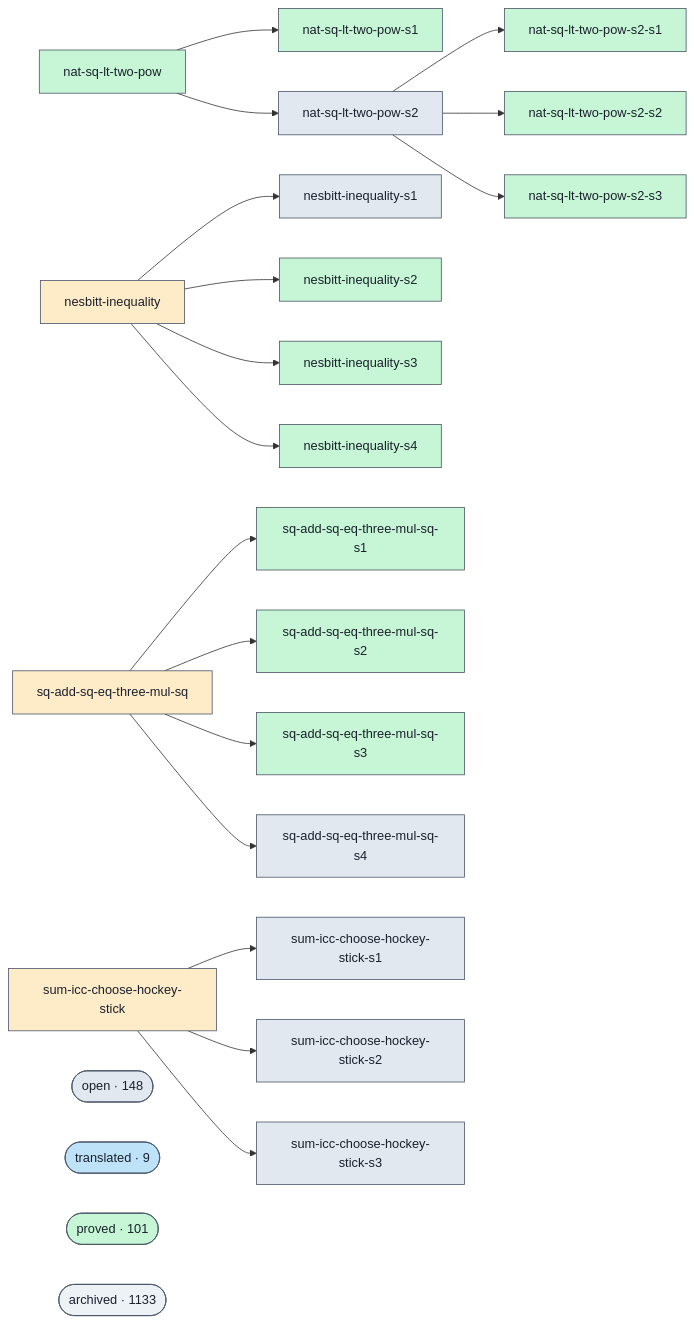
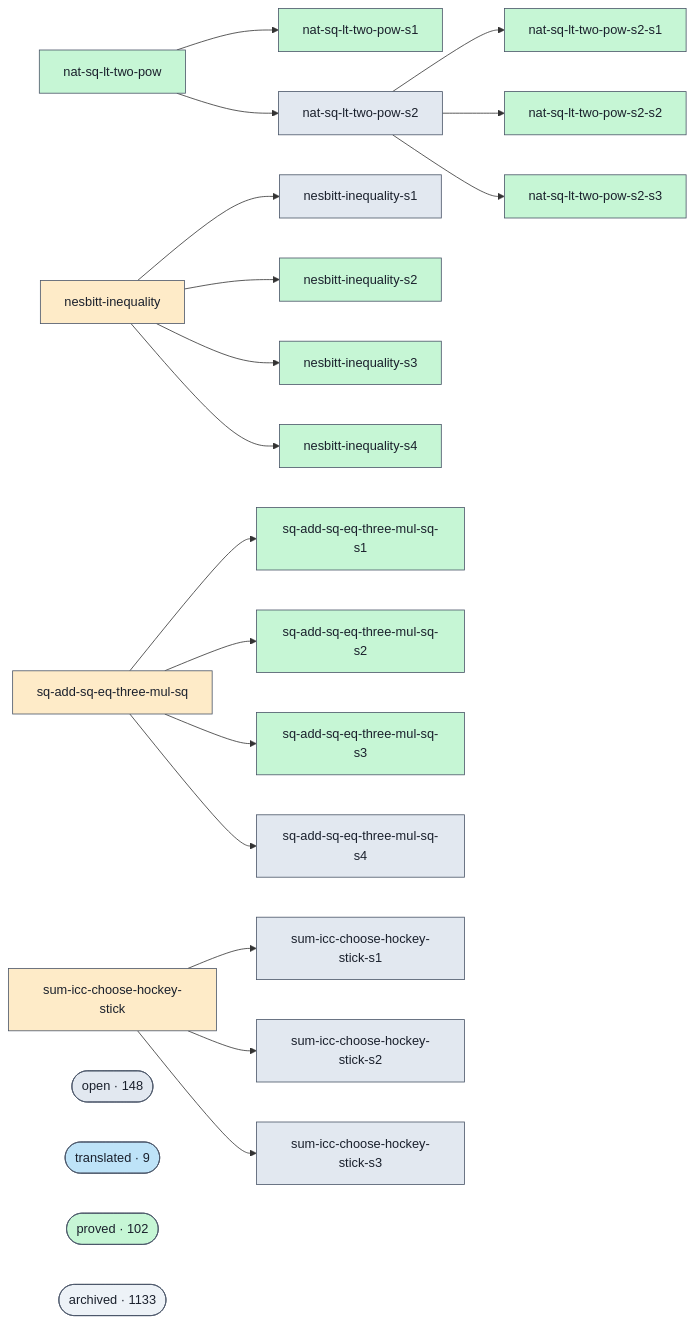
One commit to ohdearquant/unsorry changed the diagram in docs/proofs-contributors-visualisation.md. Above: the diagram before and after it, drawn with Mermaid. The commit also changed other lines of this file and 2 other files, not shown here.

```diff
--- a/docs/proofs-contributors-visualisation.md
+++ b/docs/proofs-contributors-visualisation.md
@@ -102,7 +102,7 @@
   class cluster_open open;
   cluster_translated(["translated · 9"])
   class cluster_translated translated;
-  cluster_proved(["proved · 101"])
+  cluster_proved(["proved · 102"])
   class cluster_proved proved;
   cluster_archived(["archived · 1133"])
   class cluster_archived unknown;
```
